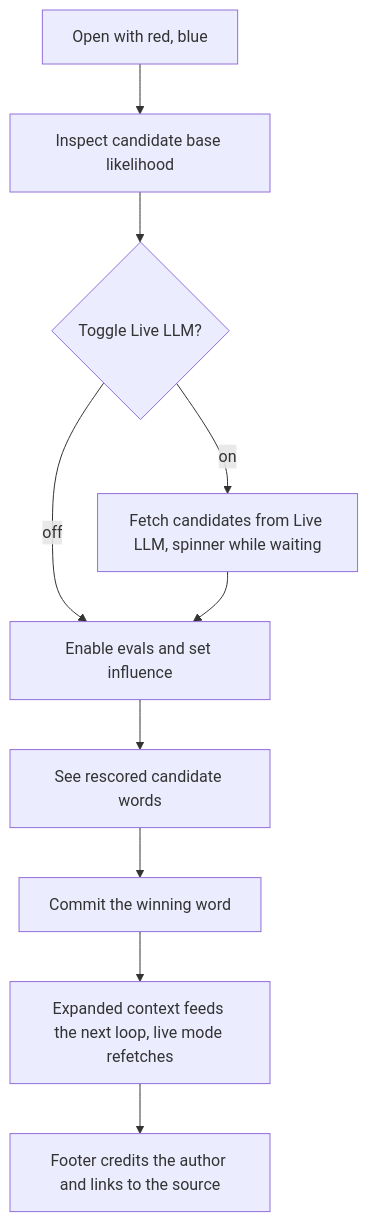
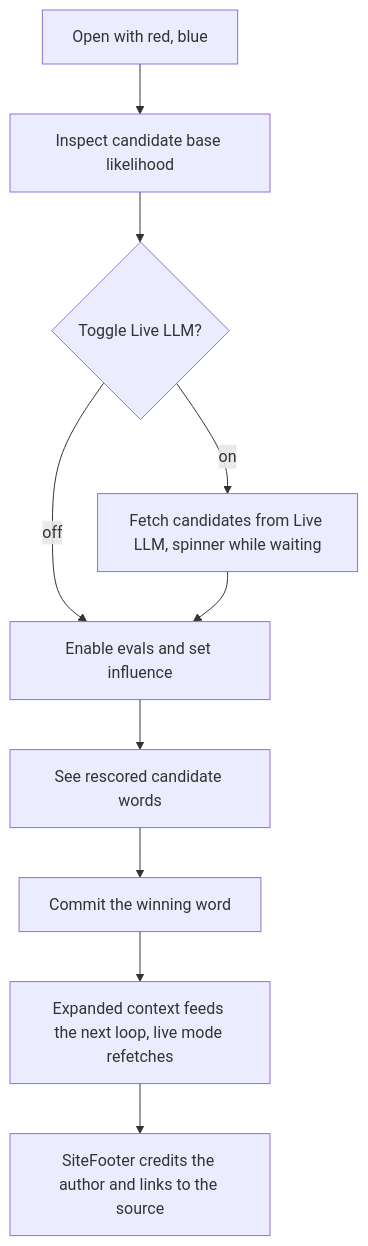
One commit to johnpfeiffer/demoevals changed the second of 2 diagrams in architecture.md. Above: the diagram before and after it, drawn with Mermaid. The commit also changed other lines of this file and 5 other files, not shown here.

First line of the commit message:
feat: adopt shared SiteFooter from johnutilsjs/ui

````diff
--- a/architecture.md
+++ b/architecture.md
@@ -38,12 +38,12 @@
 ```mermaid
 flowchart TD
   A[Open with red, blue] --> B[Inspect candidate base likelihood]
   B --> M{Toggle Live LLM?}
   M -->|off| C[Enable evals and set influence]
   M -->|on| L[Fetch candidates from Live LLM, spinner while waiting]
   L --> C
   C --> D[See rescored candidate words]
   D --> E[Commit the winning word]
   E --> F[Expanded context feeds the next loop, live mode refetches]
-  F --> G[Footer credits the author and links to the source]
+  F --> G[SiteFooter credits the author and links to the source]
 ```
````
